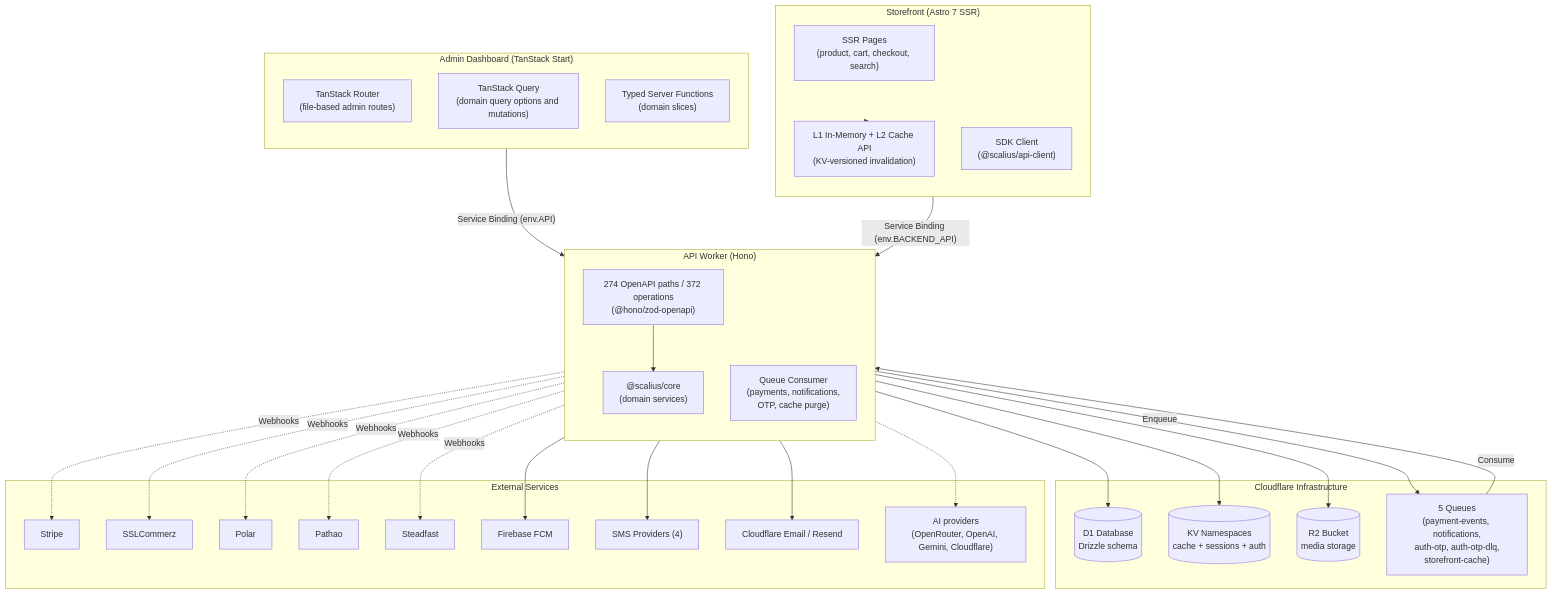
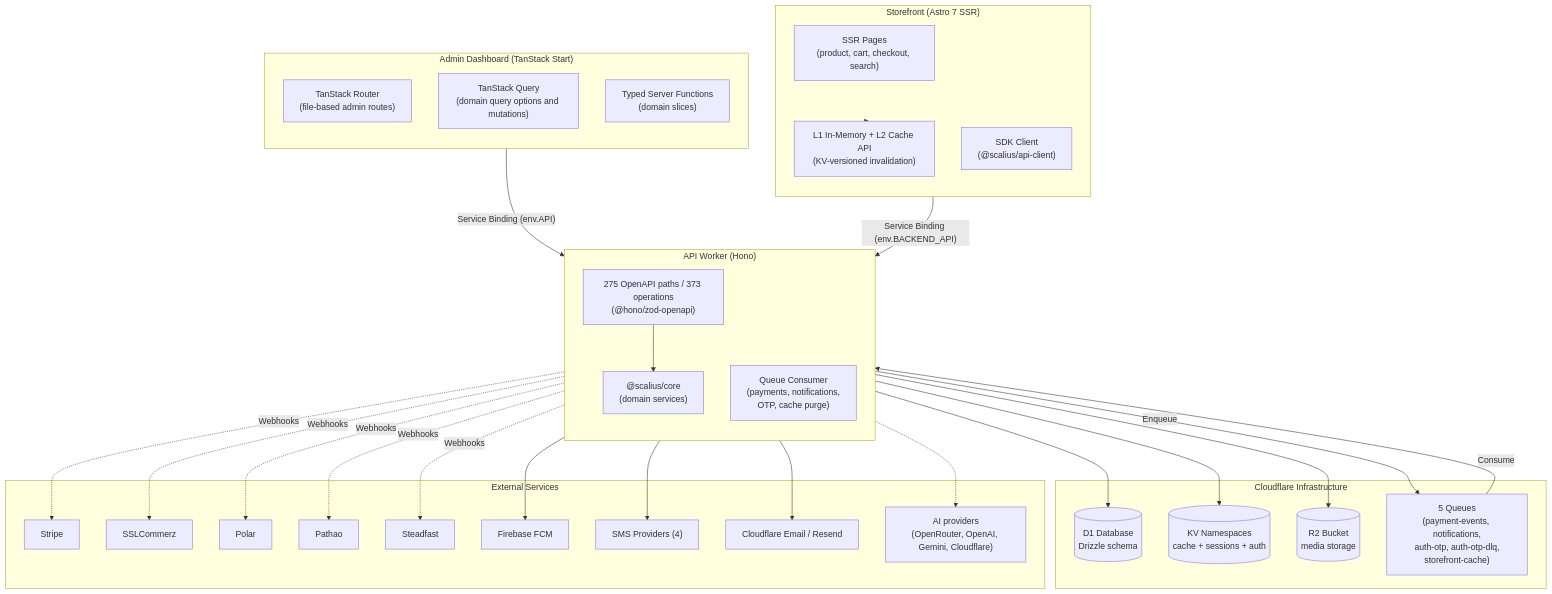
One commit to scaliuslabs/scalius-commerce-lite changed the first of 3 diagrams in README.md. Above: the diagram before and after it, drawn with Mermaid. The commit also changed 24 other files, not shown here.

````diff
--- a/README.md
+++ b/README.md
@@ -87,62 +87,62 @@
 ```mermaid
 flowchart TB
     subgraph AdminV2 ["Admin Dashboard (TanStack Start)"]
         direction TB
         TSRouter["TanStack Router<br/>(file-based admin routes)"]
         TSQuery["TanStack Query<br/>(domain query options and mutations)"]
         ServerFns["Typed Server Functions<br/>(domain slices)"]
     end
 
     subgraph Storefront ["Storefront (Astro 7 SSR)"]
         direction TB
         AstroPages["SSR Pages<br/>(product, cart, checkout, search)"]
         EdgeCache["L1 In-Memory + L2 Cache API<br/>(KV-versioned invalidation)"]
         SDKClient["SDK Client<br/>(@scalius/api-client)"]
     end
 
     subgraph API ["API Worker (Hono)"]
         direction TB
-        HonoApp["274 OpenAPI paths / 372 operations<br/>(@hono/zod-openapi)"]
+        HonoApp["275 OpenAPI paths / 373 operations<br/>(@hono/zod-openapi)"]
         QueueConsumer["Queue Consumer<br/>(payments, notifications,<br/>OTP, cache purge)"]
         CoreModules["@scalius/core<br/>(domain services)"]
     end
 
     subgraph Infra ["Cloudflare Infrastructure"]
         D1[(D1 Database<br/>Drizzle schema)]
         KV[(KV Namespaces<br/>cache + sessions + auth)]
         R2[(R2 Bucket<br/>media storage)]
         Queues["5 Queues<br/>(payment-events, notifications,<br/>auth-otp, auth-otp-dlq,<br/>storefront-cache)"]
     end
 
     subgraph External ["External Services"]
         Stripe["Stripe"]
         SSLCommerz["SSLCommerz"]
         Polar["Polar"]
         Pathao["Pathao"]
         Steadfast["Steadfast"]
         Firebase["Firebase FCM"]
         SMS["SMS Providers (4)"]
         EmailProvider["Cloudflare Email / Resend"]
         AIProviders["AI providers<br/>(OpenRouter, OpenAI, Gemini, Cloudflare)"]
     end
 
     AdminV2 -->|"Service Binding (env.API)"| API
     Storefront -->|"Service Binding (env.BACKEND_API)"| API
     API --> D1
     API --> KV
     API --> R2
     API -->|Enqueue| Queues
     Queues -->|Consume| QueueConsumer
     QueueConsumer --> Firebase
     QueueConsumer --> SMS
     QueueConsumer --> EmailProvider
     HonoApp --> CoreModules
     Storefront --> EdgeCache
 
     API -.->|Webhooks| Stripe
     API -.->|Webhooks| SSLCommerz
     API -.->|Webhooks| Polar
     API -.->|Webhooks| Pathao
     API -.->|Webhooks| Steadfast
     API -.-> AIProviders
 ```
````
